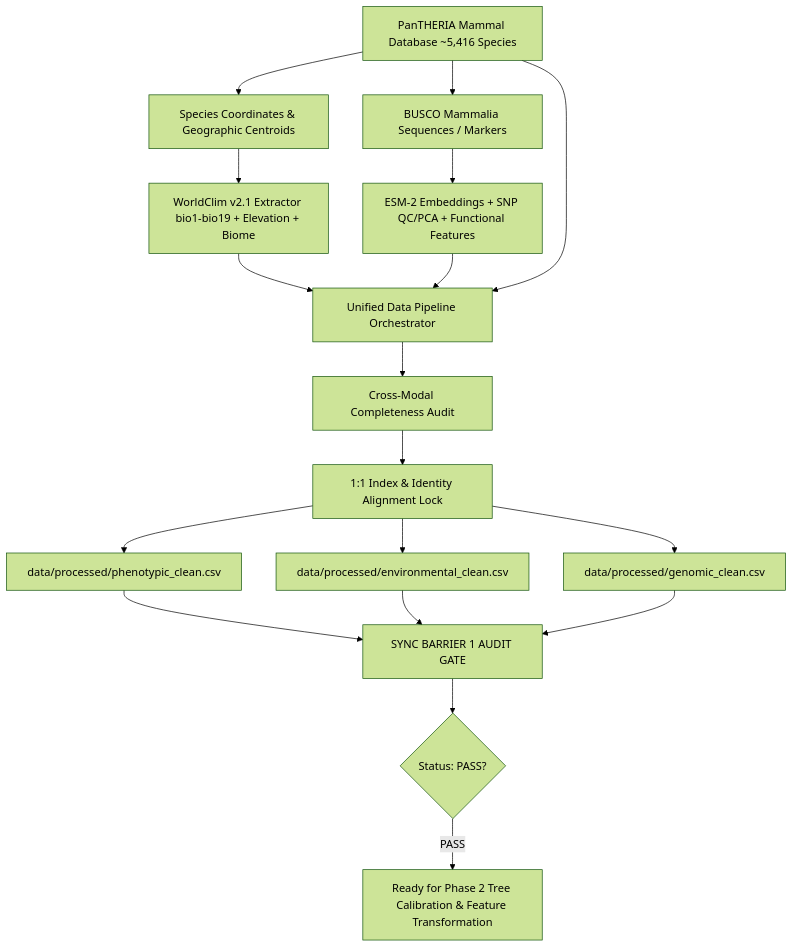
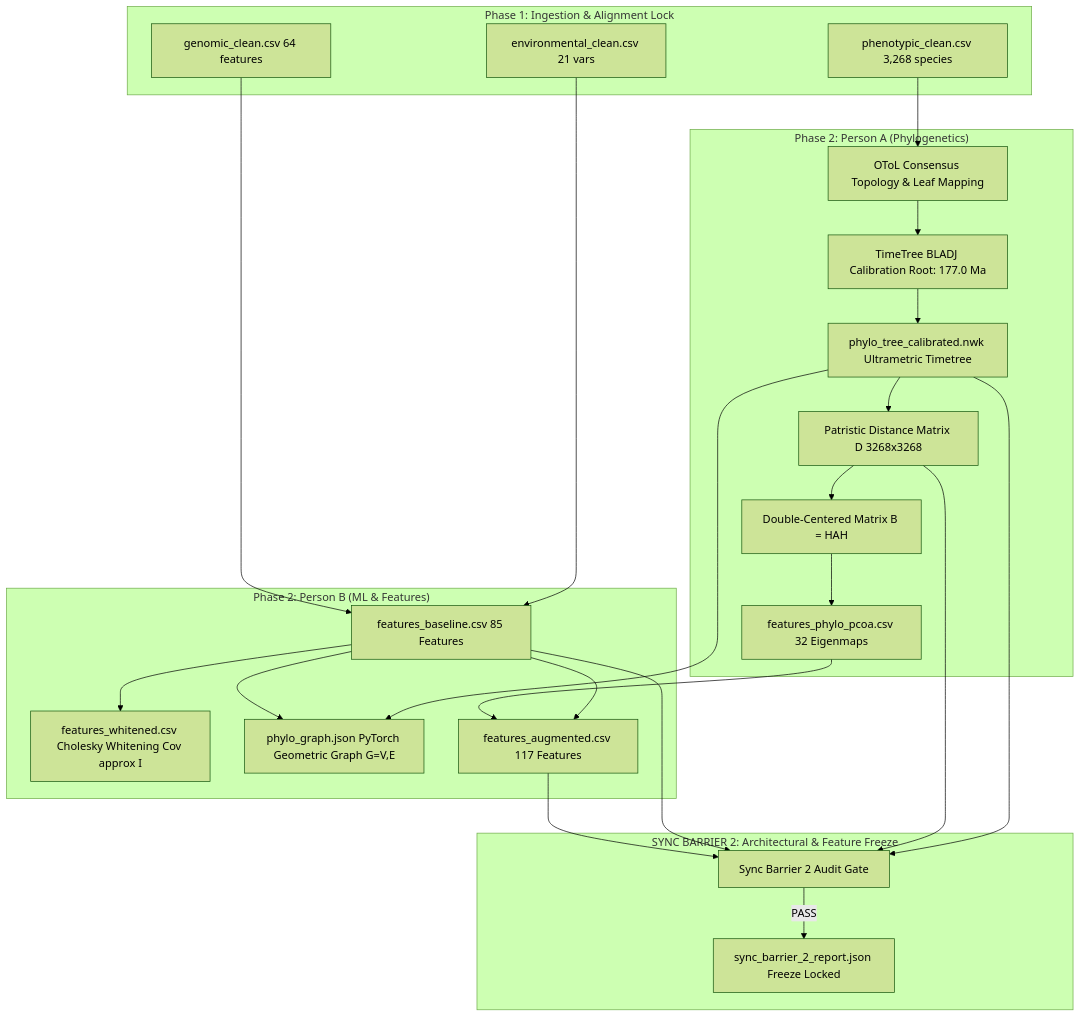
Before and after one commit to f3ltz/phenix: the diagram in README.md, drawn with Mermaid (forest theme). The commit also changed other lines of this file, not shown here.

Commit message:
docs: update README with Phase 2 workflow, CLI commands, and artifact tables

````diff
--- a/README.md
+++ b/README.md
@@ -13,18 +23,29 @@
 ```mermaid
 flowchart TD
-    A[PanTHERIA Mammal Database ~5,416 Species] --> B[Species Coordinates & Geographic Centroids]
-    B --> C[WorldClim v2.1 Extractor bio1-bio19 + Elevation + Biome]
-    A --> D[BUSCO Mammalia Sequences / Markers]
-    D --> E[ESM-2 Embeddings + SNP QC/PCA + Functional Features]
-    C --> F[Unified Data Pipeline Orchestrator]
-    E --> F
-    A --> F
-    F --> G[Cross-Modal Completeness Audit]
-    G --> H[1:1 Index & Identity Alignment Lock]
-    H --> I[data/processed/phenotypic_clean.csv]
-    H --> J[data/processed/environmental_clean.csv]
-    H --> K[data/processed/genomic_clean.csv]
-    I & J & K --> L[SYNC BARRIER 1 AUDIT GATE]
-    L --> M{Status: PASS?}
-    M -->|PASS| N[Ready for Phase 2 Tree Calibration & Feature Transformation]
+    subgraph Phase_1 ["Phase 1: Ingestion & Alignment Lock"]
+        P1[phenotypic_clean.csv 3,268 species]
+        E1[environmental_clean.csv 21 vars]
+        G1[genomic_clean.csv 64 features]
+    end
+
+    subgraph Phase_2_Side_A ["Phase 2: Person A (Phylogenetics)"]
+        P1 --> O1[OToL Consensus Topology & Leaf Mapping]
+        O1 --> C1[TimeTree BLADJ Calibration Root: 177.0 Ma]
+        C1 --> T1[phylo_tree_calibrated.nwk Ultrametric Timetree]
+        T1 --> D1[Patristic Distance Matrix D 3268x3268]
+        D1 --> B1[Double-Centered Matrix B = HAH]
+        B1 --> PC1[features_phylo_pcoa.csv 32 Eigenmaps]
+    end
+
+    subgraph Phase_2_Side_B ["Phase 2: Person B (ML & Features)"]
+        E1 & G1 --> BF[features_baseline.csv 85 Features]
+        BF --> CW[features_whitened.csv Cholesky Whitening Cov approx I]
+        T1 & BF --> GR[phylo_graph.json PyTorch Geometric Graph G=V,E]
+        BF & PC1 --> AF[features_augmented.csv 117 Features]
+    end
+
+    subgraph Barrier_2 ["SYNC BARRIER 2: Architectural & Feature Freeze"]
+        T1 & D1 & BF & AF --> SB2[Sync Barrier 2 Audit Gate]
+        SB2 -->|PASS| LK[sync_barrier_2_report.json Freeze Locked]
+    end
 ```
````
